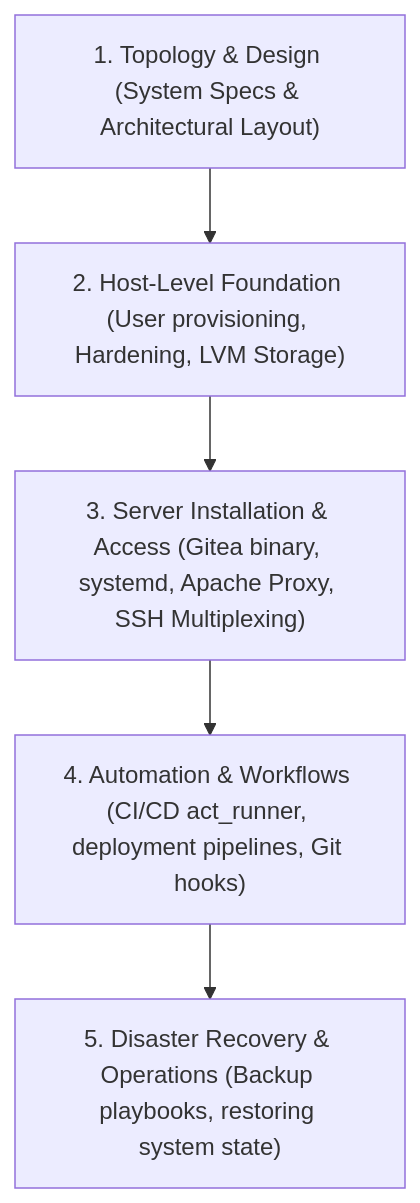
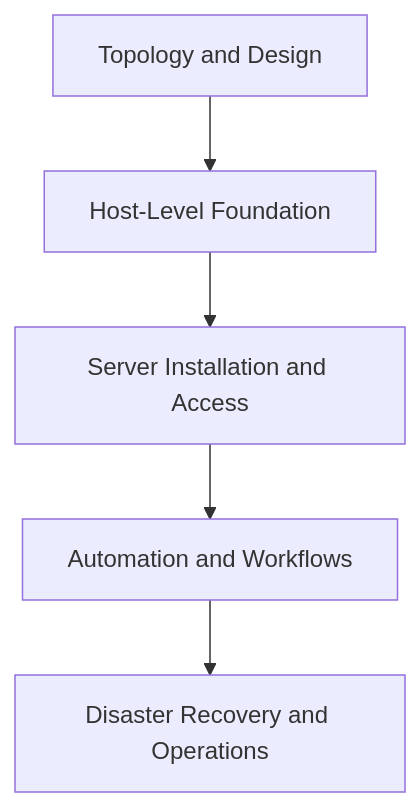
One commit to kmashour/BrainDump changed the first of 4 diagrams in Reference Notes/06_gitea_installation_and_workflows.md. Above: the diagram before and after it, drawn with Mermaid. The commit also changed 15 other files, not shown here.

Commit message:
docs: simplify cognitive map mermaid syntax for general compatibility

````diff
--- a/Reference Notes/06_gitea_installation_and_workflows.md
+++ b/Reference Notes/06_gitea_installation_and_workflows.md
@@ -11,7 +11,7 @@
 ```mermaid
 graph TD
-    A["1. Topology & Design (System Specs & Architectural Layout)"] --> B["2. Host-Level Foundation (User provisioning, Hardening, LVM Storage)"]
-    B --> C["3. Server Installation & Access (Gitea binary, systemd, Apache Proxy, SSH Multiplexing)"]
-    C --> D["4. Automation & Workflows (CI/CD act_runner, deployment pipelines, Git hooks)"]
-    D --> E["5. Disaster Recovery & Operations (Backup playbooks, restoring system state)"]
+    A["Topology and Design"] --> B["Host-Level Foundation"]
+    B --> C["Server Installation and Access"]
+    C --> D["Automation and Workflows"]
+    D --> E["Disaster Recovery and Operations"]
 ```
````
